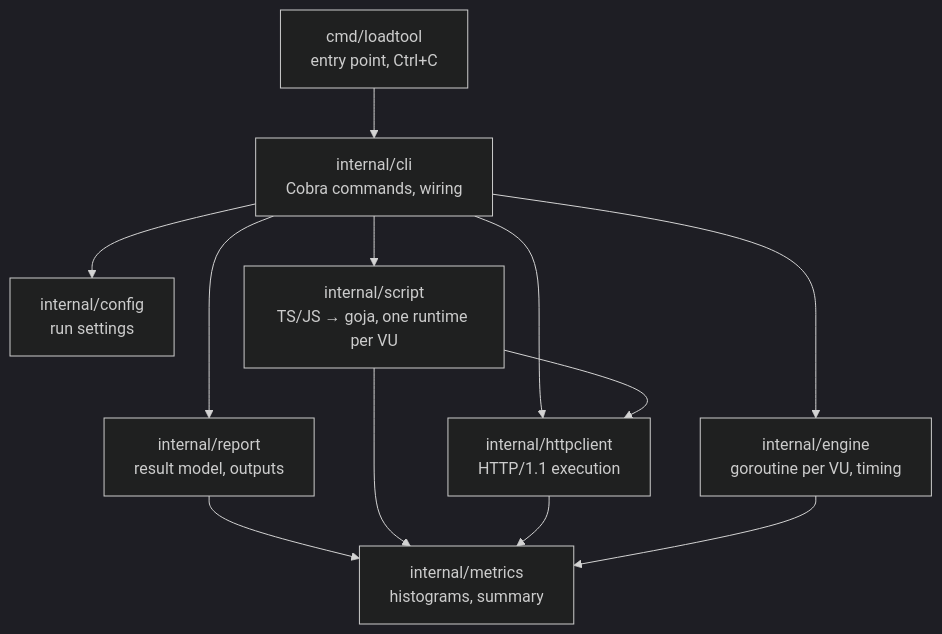
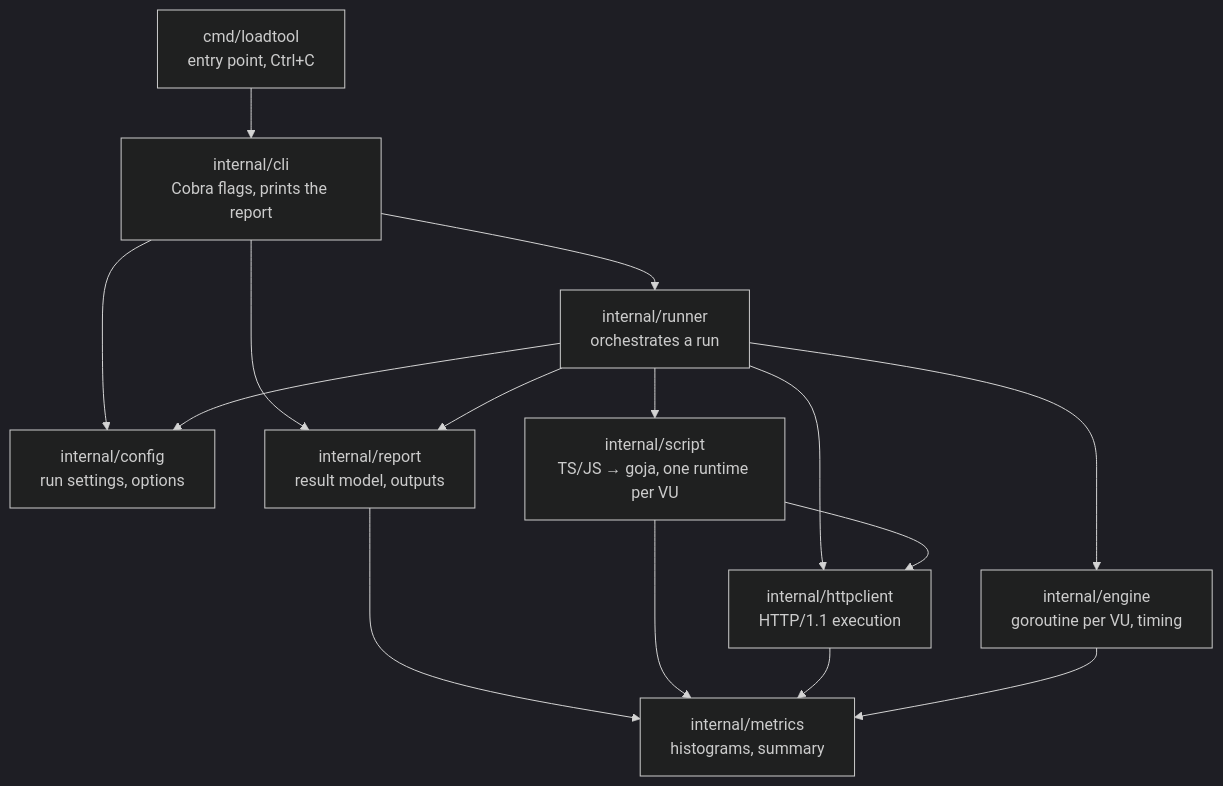
The second of 5 diagrams in docs/architecture.md (Arunraj-QA/loadtool), drawn with Mermaid (dark theme) before and after one commit. The commit also changed other lines of this file and 1 other file, not shown here.

Commit message:
docs: add internal/runner to the architecture

````diff
--- a/docs/architecture.md
+++ b/docs/architecture.md
@@ -142,14 +142,17 @@
 ```mermaid
 flowchart TD
     main["cmd/loadtool<br/>entry point, Ctrl+C"] --> cli
-    cli["internal/cli<br/>Cobra commands, wiring"] --> config["internal/config<br/>run settings"]
+    cli["internal/cli<br/>Cobra flags, prints the report"] --> runner["internal/runner<br/>orchestrates a run"]
+    cli --> config["internal/config<br/>run settings, options"]
     cli --> report["internal/report<br/>result model, outputs"]
+    runner --> config
+    runner --> report
     report --> metrics
-    cli --> script["internal/script<br/>TS/JS → goja, one runtime per VU"]
-    cli --> engine["internal/engine<br/>goroutine per VU, timing"]
-    cli --> httpclient["internal/httpclient<br/>HTTP/1.1 execution"]
+    runner --> script["internal/script<br/>TS/JS → goja, one runtime per VU"]
+    runner --> engine["internal/engine<br/>goroutine per VU, timing"]
+    runner --> httpclient["internal/httpclient<br/>HTTP/1.1 execution"]
     script --> httpclient
     script --> metrics["internal/metrics<br/>histograms, summary"]
     httpclient --> metrics
     engine --> metrics
 ```
````
